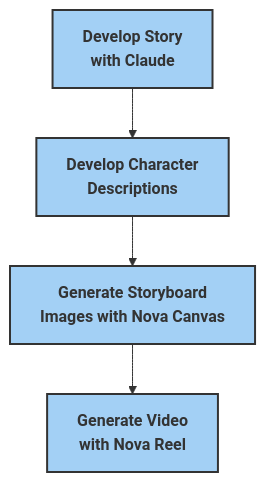
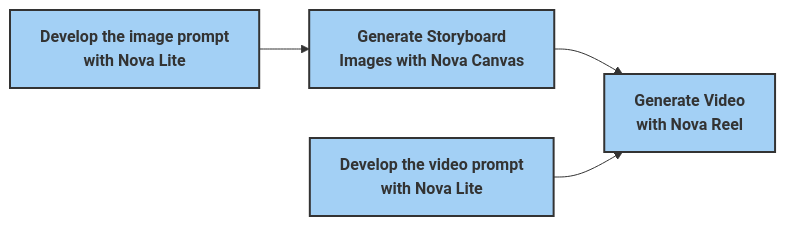
One commit to aws-samples/sample-character-consistent-storyboard changed the diagram in 01-character-consistent-storyboarding-with-amazon-nova/README.md. Above: the diagram before and after it, drawn with Mermaid. The commit also changed 2 other files, not shown here.

Commit message:
add update for blog fixes

````diff
--- a/01-character-consistent-storyboarding-with-amazon-nova/README.md
+++ b/01-character-consistent-storyboarding-with-amazon-nova/README.md
@@ -67,10 +67,10 @@
 ```mermaid
-graph TD
+graph LR
     classDef blueStyle fill:#a3d0f5,stroke:#333,stroke-width:2px,color:#333,font-weight:bold
     
-    A[Develop Story<br>with Claude] --> B[Develop Character<br>Descriptions]
-    B --> C[Generate Storyboard<br>Images with Nova Canvas]
-    C --> D[Generate Video<br>with Nova Reel]
+    A[Develop the image prompt<br>with Nova Lite] --> B[Generate Storyboard<br>Images with Nova Canvas]
+    B --> D[Generate Video<br>with Nova Reel]
+    C[Develop the video prompt<br>with Nova Lite] --> D
     
     class A,B,C,D blueStyle
 ```
````
